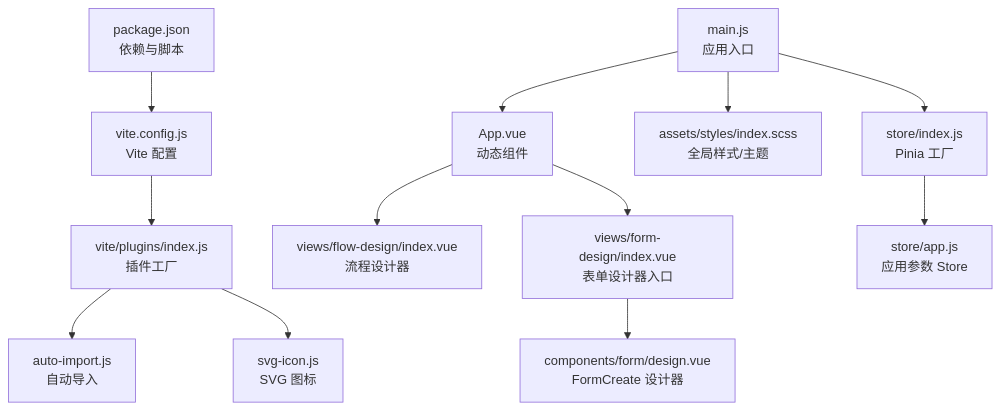
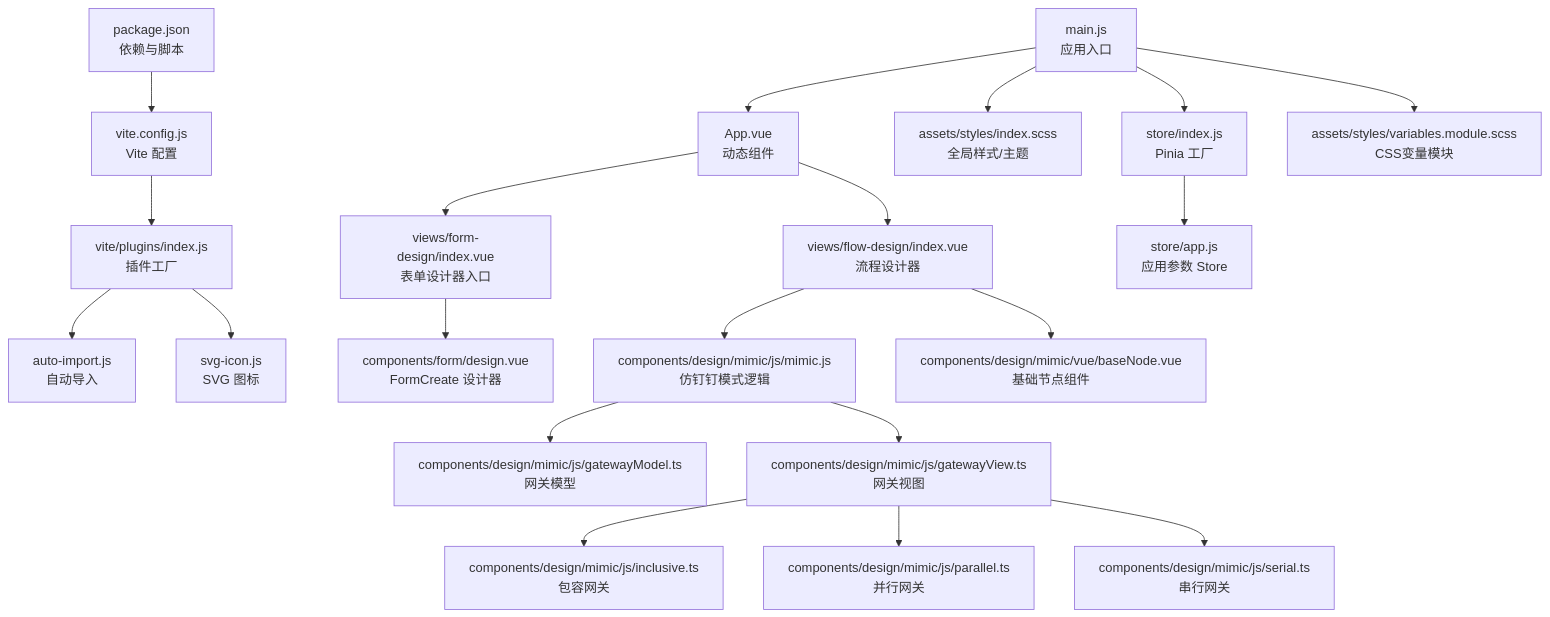
The first of 13 diagrams in .qoder/repowiki/zh/content/可视化设计器/设计器架构设计.md (dromara/warm-flow), drawn with Mermaid before and after one commit. The commit also changed other lines of this file and 18 other files, not shown here.

````diff
--- a/.qoder/repowiki/zh/content/可视化设计器/设计器架构设计.md
+++ b/.qoder/repowiki/zh/content/可视化设计器/设计器架构设计.md
@@ -46,14 +69,22 @@
 ```mermaid
 graph TB
 A["package.json<br/>依赖与脚本"] --> B["vite.config.js<br/>Vite 配置"]
 B --> C["vite/plugins/index.js<br/>插件工厂"]
 C --> C1["auto-import.js<br/>自动导入"]
 C --> C2["svg-icon.js<br/>SVG 图标"]
 D["main.js<br/>应用入口"] --> E["App.vue<br/>动态组件"]
 E --> F["views/flow-design/index.vue<br/>流程设计器"]
 E --> G["views/form-design/index.vue<br/>表单设计器入口"]
 G --> H["components/form/design.vue<br/>FormCreate 设计器"]
 D --> I["assets/styles/index.scss<br/>全局样式/主题"]
 D --> J["store/index.js<br/>Pinia 工厂"]
 J --> K["store/app.js<br/>应用参数 Store"]
+D --> L["assets/styles/variables.module.scss<br/>CSS变量模块"]
+F --> M["components/design/mimic/js/mimic.js<br/>仿钉钉模式逻辑"]
+M --> N["components/design/mimic/js/gatewayModel.ts<br/>网关模型"]
+M --> O["components/design/mimic/js/gatewayView.ts<br/>网关视图"]
+O --> P["components/design/mimic/js/inclusive.ts<br/>包容网关"]
+O --> Q["components/design/mimic/js/parallel.ts<br/>并行网关"]
+O --> R["components/design/mimic/js/serial.ts<br/>串行网关"]
+F --> S["components/design/mimic/vue/baseNode.vue<br/>基础节点组件"]
 ```
````
